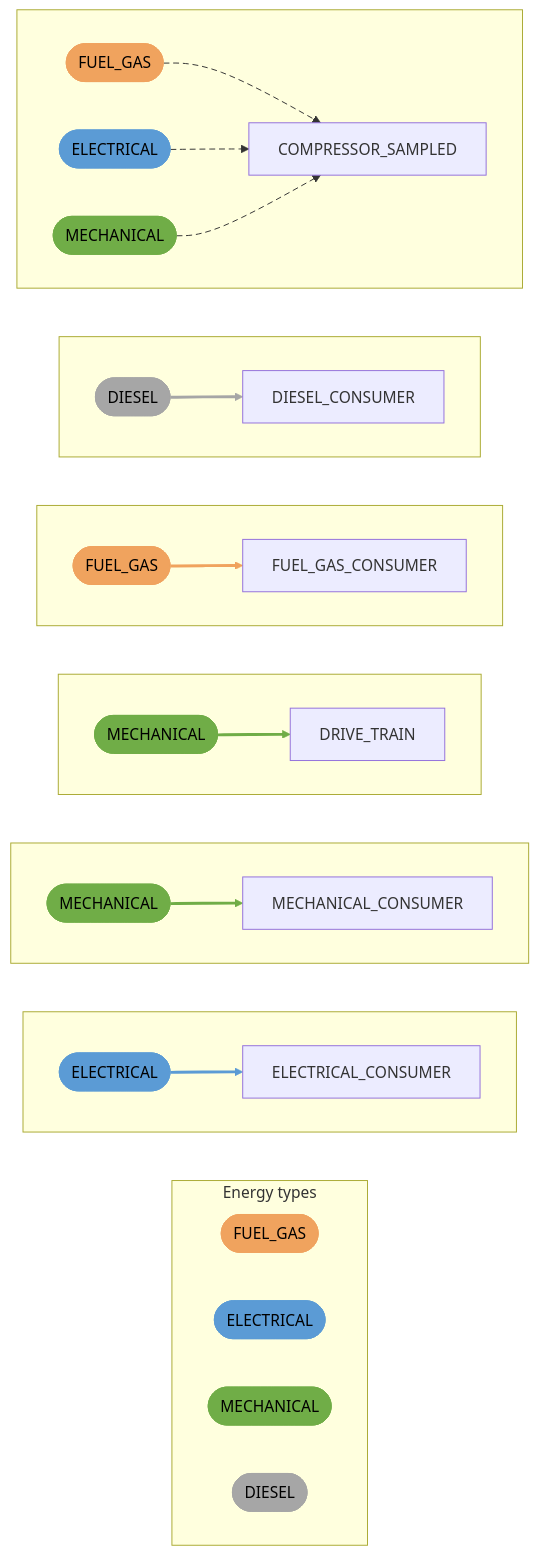
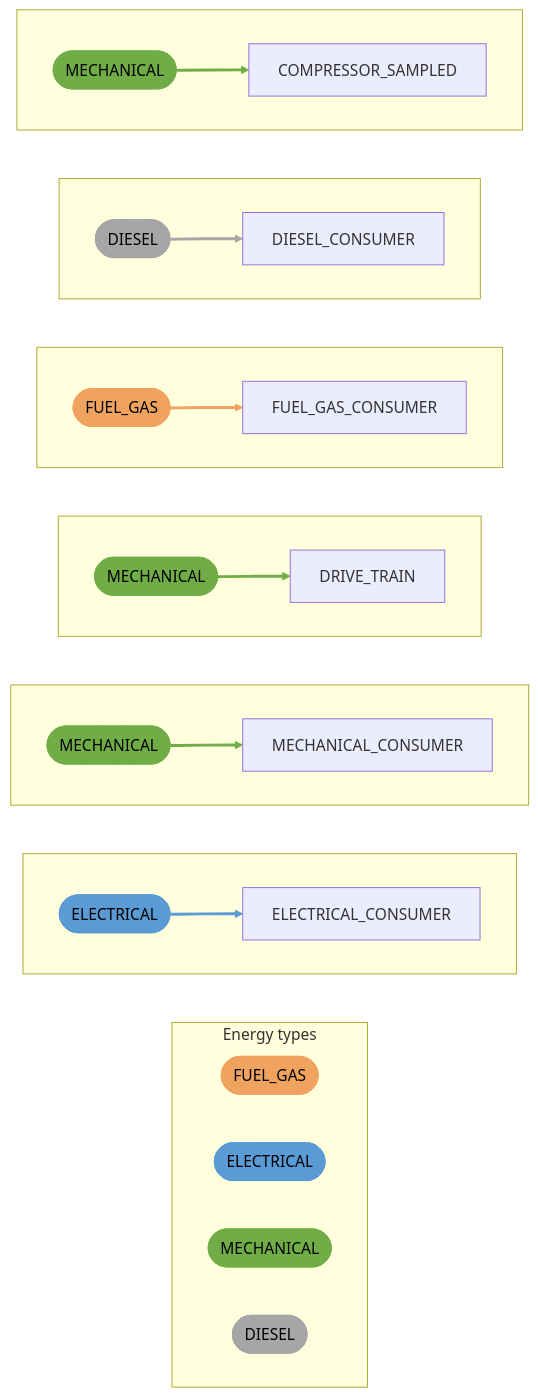
Before and after one commit to equinor/ecalc: the diagram in docs/docs/about/nextgen/energy-units/consumers.mdx, drawn with Mermaid. The commit also changed other lines of this file and 40 other files, not shown here.

First line of the commit message:
fix: more strict Compressor sampled

````diff
--- a/docs/docs/about/nextgen/energy-units/consumers.mdx
+++ b/docs/docs/about/nextgen/energy-units/consumers.mdx
@@ -11,55 +11,52 @@
 ```mermaid
 graph LR
     subgraph legend ["Energy types"]
         direction LR
         legend_FUEL_GAS(["FUEL_GAS"])
         legend_ELECTRICAL(["ELECTRICAL"])
         legend_MECHANICAL(["MECHANICAL"])
         legend_DIESEL(["DIESEL"])
     end
     subgraph box_ELECTRICAL_CONSUMER [" "]
         direction LR
         ELECTRICAL_CONSUMER["ELECTRICAL_CONSUMER"]
         ELECTRICAL_CONSUMER_in0_ELECTRICAL(["ELECTRICAL"]) --> ELECTRICAL_CONSUMER
     end
     subgraph box_MECHANICAL_CONSUMER [" "]
         direction LR
         MECHANICAL_CONSUMER["MECHANICAL_CONSUMER"]
         MECHANICAL_CONSUMER_in0_MECHANICAL(["MECHANICAL"]) --> MECHANICAL_CONSUMER
     end
     subgraph box_DRIVE_TRAIN [" "]
         direction LR
         DRIVE_TRAIN["DRIVE_TRAIN"]
         DRIVE_TRAIN_in0_MECHANICAL(["MECHANICAL"]) --> DRIVE_TRAIN
     end
     subgraph box_FUEL_GAS_CONSUMER [" "]
         direction LR
         FUEL_GAS_CONSUMER["FUEL_GAS_CONSUMER"]
         FUEL_GAS_CONSUMER_in0_FUEL_GAS(["FUEL_GAS"]) --> FUEL_GAS_CONSUMER
     end
     subgraph box_DIESEL_CONSUMER [" "]
         direction LR
         DIESEL_CONSUMER["DIESEL_CONSUMER"]
         DIESEL_CONSUMER_in0_DIESEL(["DIESEL"]) --> DIESEL_CONSUMER
     end
     subgraph box_COMPRESSOR_SAMPLED [" "]
         direction LR
         COMPRESSOR_SAMPLED["COMPRESSOR_SAMPLED"]
-        COMPRESSOR_SAMPLED_in0_FUEL_GAS(["FUEL_GAS"]) -.-> COMPRESSOR_SAMPLED
-        COMPRESSOR_SAMPLED_in0_ELECTRICAL(["ELECTRICAL"]) -.-> COMPRESSOR_SAMPLED
-        COMPRESSOR_SAMPLED_in0_MECHANICAL(["MECHANICAL"]) -.-> COMPRESSOR_SAMPLED
+        COMPRESSOR_SAMPLED_in0_MECHANICAL(["MECHANICAL"]) --> COMPRESSOR_SAMPLED
     end
     classDef FUEL_GAS fill:#f0a35e,stroke:#f0a35e,color:#000
-    class legend_FUEL_GAS,FUEL_GAS_CONSUMER_in0_FUEL_GAS,COMPRESSOR_SAMPLED_in0_FUEL_GAS FUEL_GAS
-    linkStyle 3,5 stroke:#f0a35e,stroke-width:3px
+    class legend_FUEL_GAS,FUEL_GAS_CONSUMER_in0_FUEL_GAS FUEL_GAS
+    linkStyle 3 stroke:#f0a35e,stroke-width:3px
     classDef ELECTRICAL fill:#5b9bd5,stroke:#5b9bd5,color:#000
-    class legend_ELECTRICAL,ELECTRICAL_CONSUMER_in0_ELECTRICAL,COMPRESSOR_SAMPLED_in0_ELECTRICAL ELECTRICAL
-    linkStyle 0,6 stroke:#5b9bd5,stroke-width:3px
+    class legend_ELECTRICAL,ELECTRICAL_CONSUMER_in0_ELECTRICAL ELECTRICAL
+    linkStyle 0 stroke:#5b9bd5,stroke-width:3px
     classDef MECHANICAL fill:#70ad47,stroke:#70ad47,color:#000
     class legend_MECHANICAL,MECHANICAL_CONSUMER_in0_MECHANICAL,DRIVE_TRAIN_in0_MECHANICAL,COMPRESSOR_SAMPLED_in0_MECHANICAL MECHANICAL
-    linkStyle 1,2,7 stroke:#70ad47,stroke-width:3px
+    linkStyle 1,2,5 stroke:#70ad47,stroke-width:3px
     classDef DIESEL fill:#a6a6a6,stroke:#a6a6a6,color:#000
     class legend_DIESEL,DIESEL_CONSUMER_in0_DIESEL DIESEL
     linkStyle 4 stroke:#a6a6a6,stroke-width:3px
-    linkStyle 5,6,7 stroke-dasharray:6 4
 ```
````
